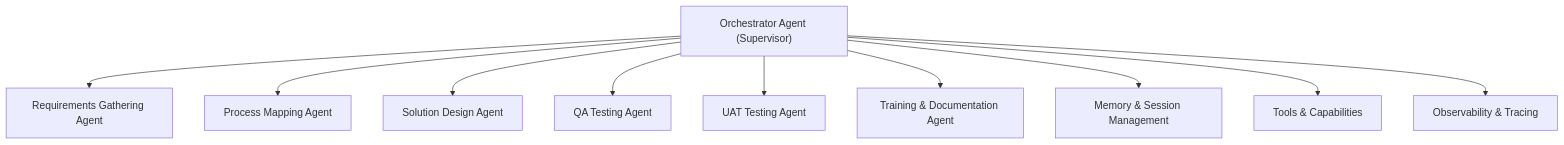
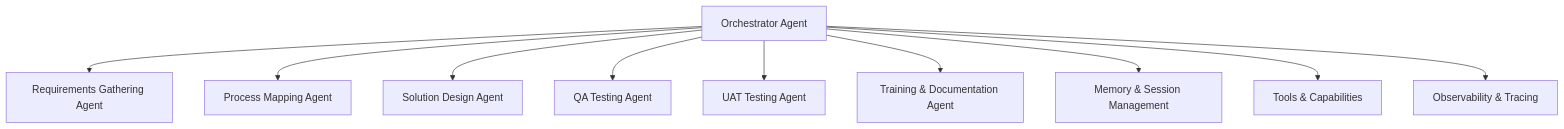
Before and after one commit to James-Muguro/erp-consultant-agent: the diagram in README.md, drawn with Mermaid. The commit also changed other lines of this file, not shown here.

````diff
--- a/README.md
+++ b/README.md
@@ -48,15 +84,16 @@
 ```mermaid
 graph TD
-    Orchestrator["Orchestrator Agent (Supervisor)"]
-    
+
+    Orchestrator["Orchestrator Agent"]
+
     Orchestrator --> Req["Requirements Gathering Agent"]
     Orchestrator --> Process["Process Mapping Agent"]
     Orchestrator --> Solution["Solution Design Agent"]
     Orchestrator --> QA["QA Testing Agent"]
     Orchestrator --> UAT["UAT Testing Agent"]
     Orchestrator --> Training["Training & Documentation Agent"]
-    
+
     Orchestrator --> Memory["Memory & Session Management"]
     Orchestrator --> Tools["Tools & Capabilities"]
     Orchestrator --> Observability["Observability & Tracing"]
 ```
````
